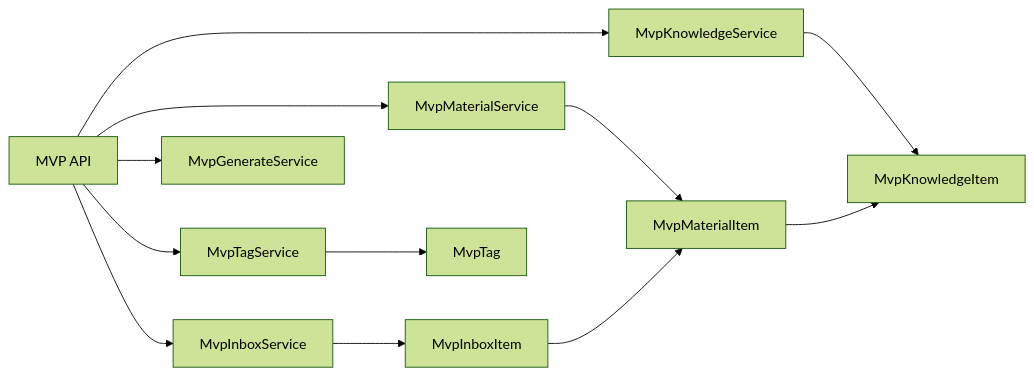
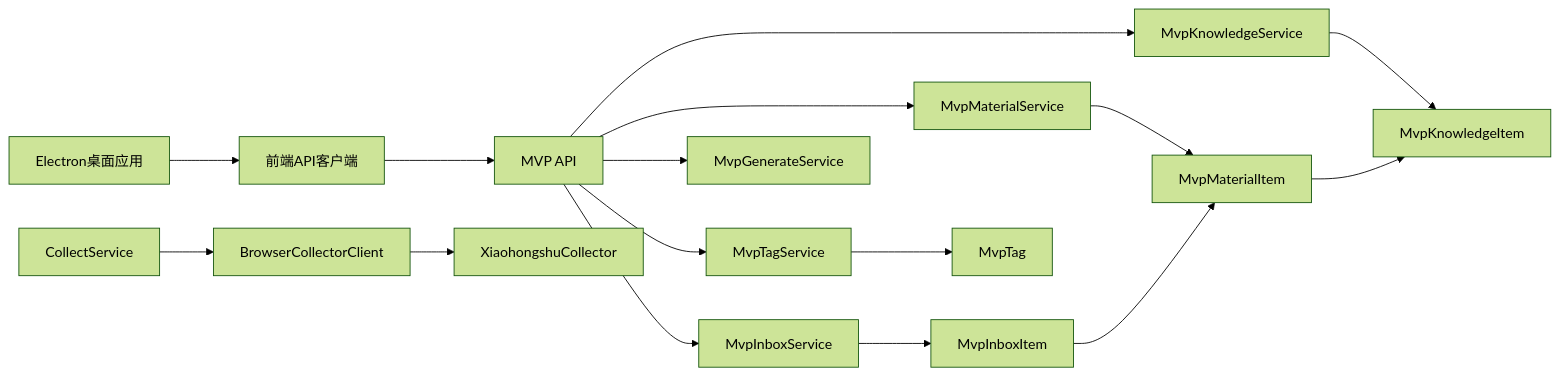
Before and after one commit to dream-ze/AI_huoke-: the seventh of 7 diagrams in .qoder/repowiki/zh/content/内容采集系统/内容采集系统.md, drawn with Mermaid (forest theme). The commit also changed other lines of this file and 220 other files, not shown here.

````diff
--- a/.qoder/repowiki/zh/content/内容采集系统/内容采集系统.md
+++ b/.qoder/repowiki/zh/content/内容采集系统/内容采集系统.md
@@ -382,14 +463,18 @@
 ```mermaid
 graph LR
 MVP_API["MVP API"] --> INBOX_SERVICE["MvpInboxService"]
 MVP_API --> MATERIAL_SERVICE["MvpMaterialService"]
 MVP_API --> TAG_SERVICE["MvpTagService"]
 MVP_API --> KNOWLEDGE_SERVICE["MvpKnowledgeService"]
 MVP_API --> GENERATE_SERVICE["MvpGenerateService"]
 INBOX_SERVICE --> INBOX_MODEL["MvpInboxItem"]
 MATERIAL_SERVICE --> MATERIAL_MODEL["MvpMaterialItem"]
 TAG_SERVICE --> TAG_MODEL["MvpTag"]
 KNOWLEDGE_SERVICE --> KNOWLEDGE_MODEL["MvpKnowledgeItem"]
 INBOX_MODEL --> MATERIAL_MODEL
 MATERIAL_MODEL --> KNOWLEDGE_MODEL
+BROWSER_CLIENT["BrowserCollectorClient"] --> XHS_COLLECTOR["XiaohongshuCollector"]
+COLLECT_SERVICE["CollectService"] --> BROWSER_CLIENT
+FRONTEND_API["前端API客户端"] --> MVP_API
+ELECTRON_APP["Electron桌面应用"] --> FRONTEND_API
 ```
````
